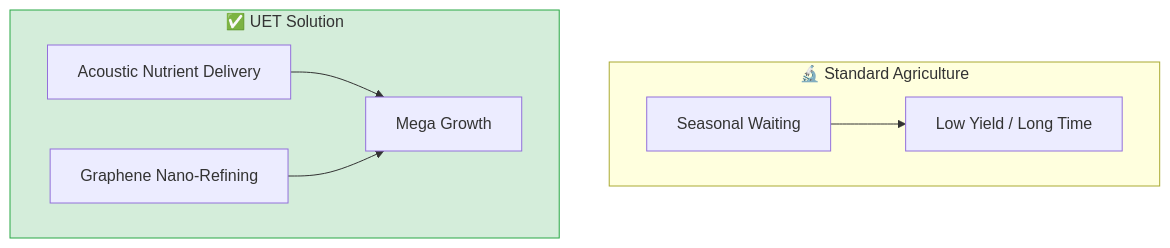
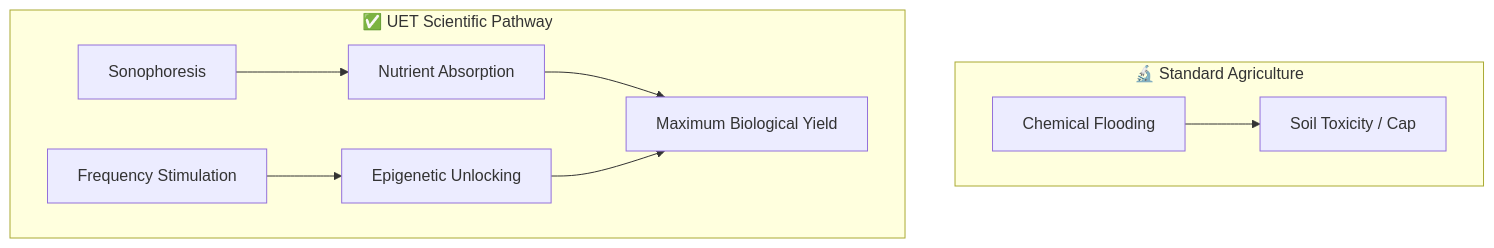
One commit to ellipszist/unityequilibriumtheory changed the diagram in docs/topics/0.30_Mega_Flora_Biotech/README.md. Above: the diagram before and after it, drawn with Mermaid. The commit also changed other lines of this file and 2166 other files, not shown here.

````diff
--- a/docs/topics/0.30_Mega_Flora_Biotech/README.md
+++ b/docs/topics/0.30_Mega_Flora_Biotech/README.md
@@ -45,20 +17,11 @@
 ```mermaid
 graph TB
     subgraph Standard["🔬 Standard Agriculture"]
-    Old["Seasonal Waiting"]
-    Limit["Low Yield / Long Time"]
+        Fertilizer["Chemical Flooding"] --> Toxic["Soil Toxicity / Cap"]
     end
-    
-    subgraph UET["✅ UET Solution"]
-    Acoustic["Acoustic Nutrient Delivery"]
-    Graphene["Graphene Nano-Refining"]
-    Mega["Mega Growth"]
+    subgraph UET["✅ UET Scientific Pathway"]
+        Sound["Sonophoresis"] --> Permeable["Nutrient Absorption"]
+        Freq["Frequency Stimulation"] --> DNA["Epigenetic Unlocking"]
+        Permeable & DNA --> MaxGrowth["Maximum Biological Yield"]
     end
-    
-    Old --> Limit
-    
-    Acoustic --> Mega
-    Graphene --> Mega
-    
-    style UET fill:#d4edda,stroke:#28a745
 ```
````
